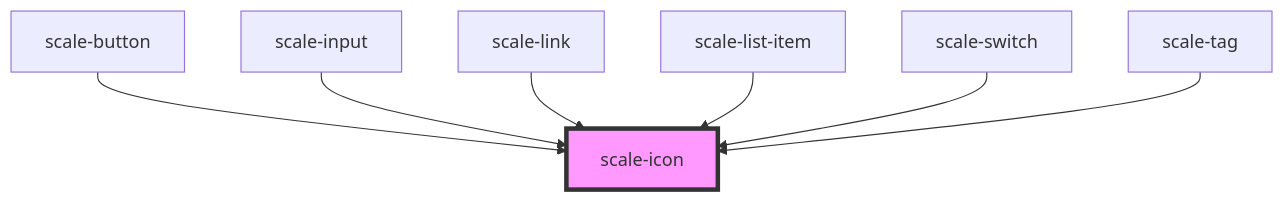
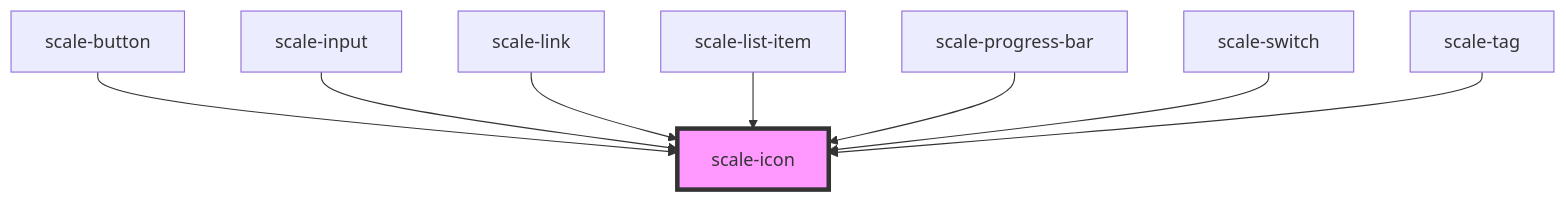
Before and after one commit to gaurishkamat/scale: the diagram in packages/components/src/components/icon/readme.md, drawn with Mermaid. The commit also changed other lines of this file and 9 other files, not shown here.

Commit message:
feat: implement progress bar component

````diff
--- a/packages/components/src/components/icon/readme.md
+++ b/packages/components/src/components/icon/readme.md
@@ -58,10 +59,11 @@
 ```mermaid
 graph TD;
   scale-button --> scale-icon
   scale-input --> scale-icon
   scale-link --> scale-icon
   scale-list-item --> scale-icon
+  scale-progress-bar --> scale-icon
   scale-switch --> scale-icon
   scale-tag --> scale-icon
   style scale-icon fill:#f9f,stroke:#333,stroke-width:4px
 ```
````
